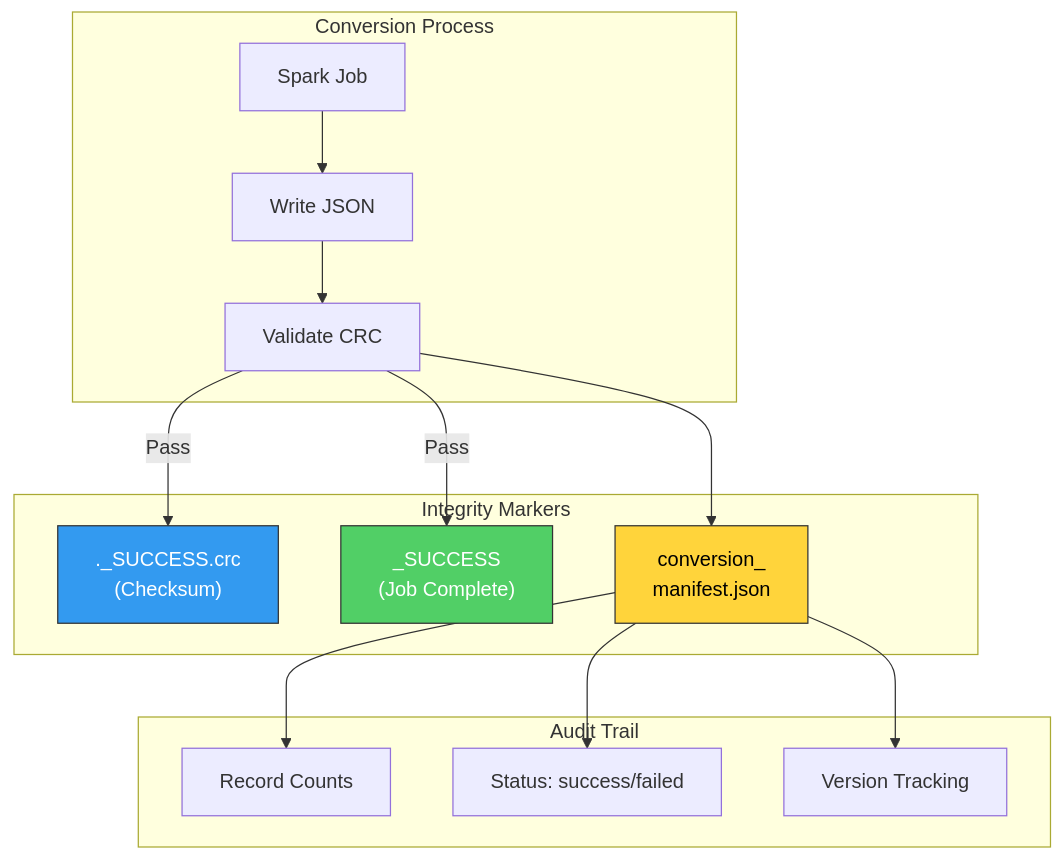
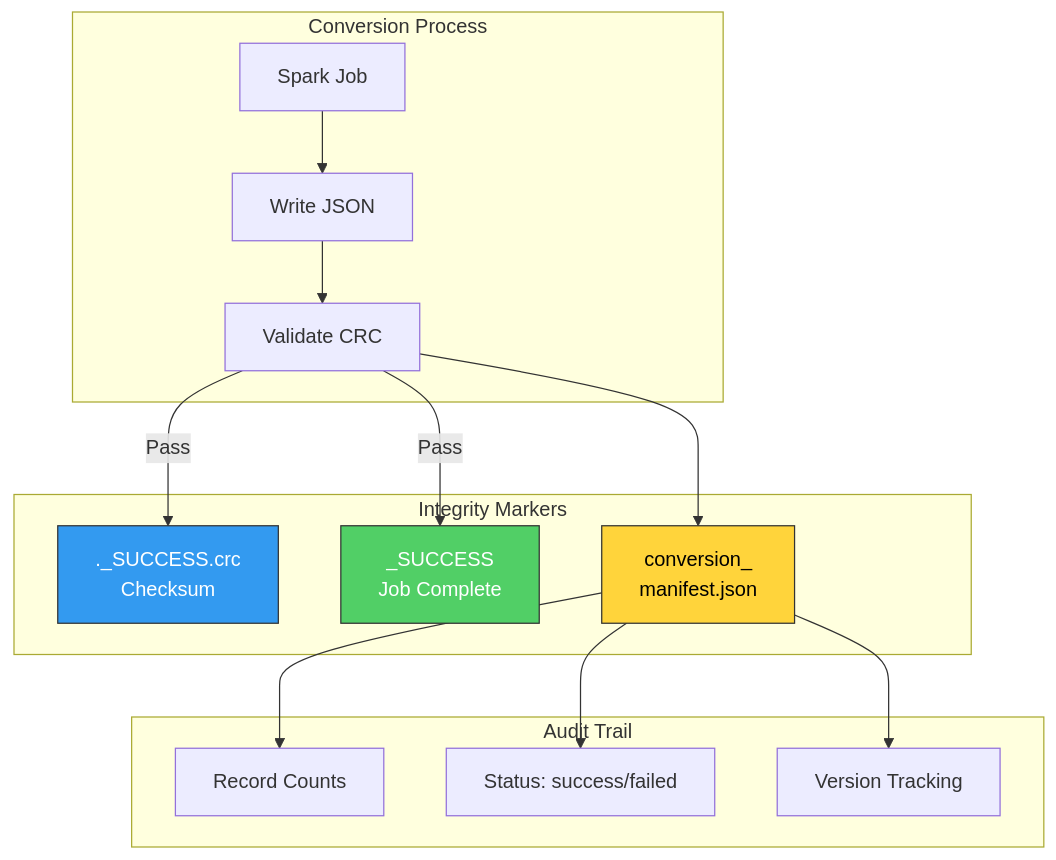
Before and after one commit to maddinenisri/mainframe-data-migration: the fifth of 12 diagrams in docs/executive-presentation.md, drawn with Mermaid. The commit also changed other lines of this file and 1 other file, not shown here.

````diff
--- a/docs/executive-presentation.md
+++ b/docs/executive-presentation.md
@@ -243,33 +243,33 @@
 ```mermaid
 flowchart TB
     subgraph Conversion["Conversion Process"]
         SPARK["Spark Job"]
         WRITE["Write JSON"]
         VALIDATE["Validate CRC"]
     end
 
     subgraph Verification["Integrity Markers"]
-        CRC["._SUCCESS.crc<br/>(Checksum)"]
-        SUCCESS["_SUCCESS<br/>(Job Complete)"]
+        CRC["._SUCCESS.crc<br/>Checksum"]
+        SUCCESS["_SUCCESS<br/>Job Complete"]
         MANIFEST["conversion_<br/>manifest.json"]
     end
 
     subgraph Audit["Audit Trail"]
         COUNT["Record Counts"]
         STATUS["Status: success/failed"]
         VERSION["Version Tracking"]
     end
 
     SPARK --> WRITE
     WRITE --> VALIDATE
     VALIDATE -->|"Pass"| CRC
     VALIDATE -->|"Pass"| SUCCESS
     VALIDATE --> MANIFEST
     MANIFEST --> COUNT
     MANIFEST --> STATUS
     MANIFEST --> VERSION
 
     style CRC fill:#339af0,stroke:#333,color:#fff
     style SUCCESS fill:#51cf66,stroke:#333,color:#fff
     style MANIFEST fill:#ffd43b,stroke:#333,color:#000
 ```
````
